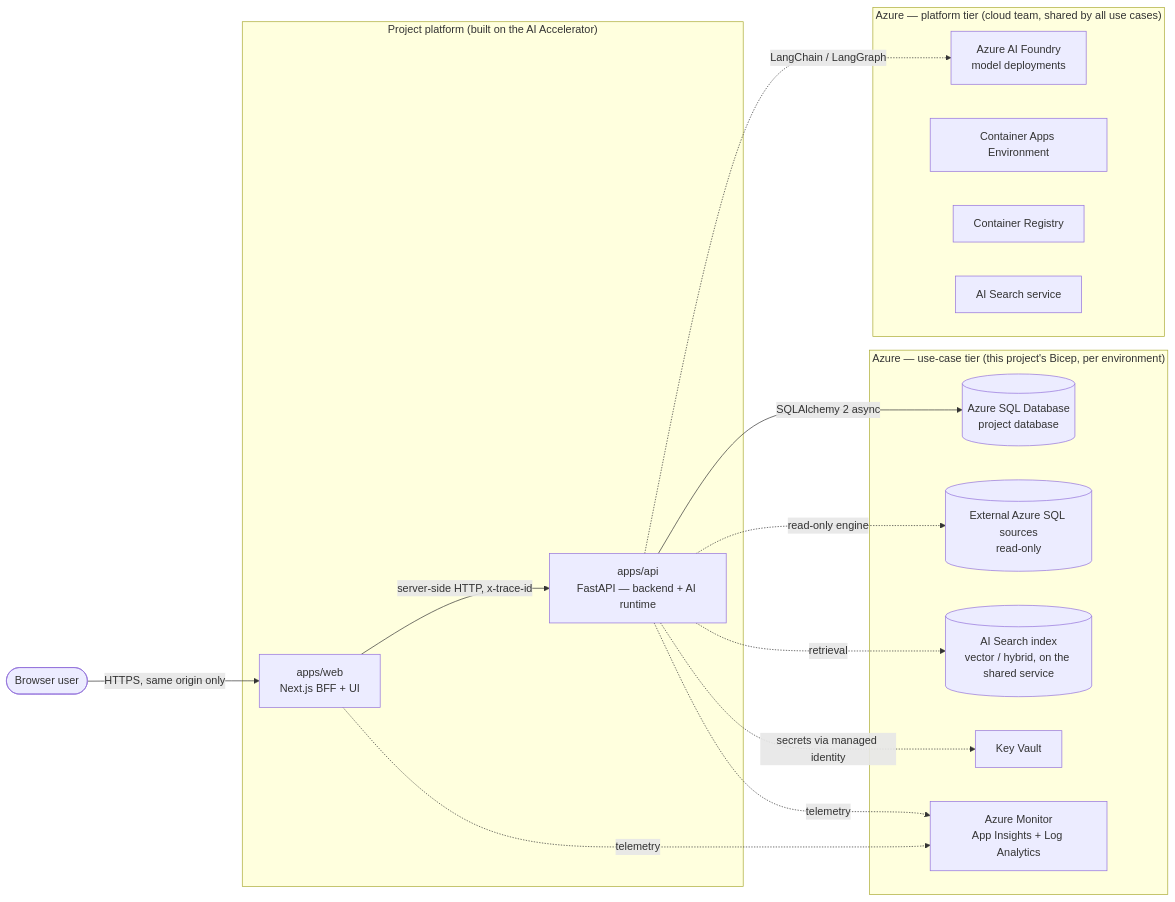
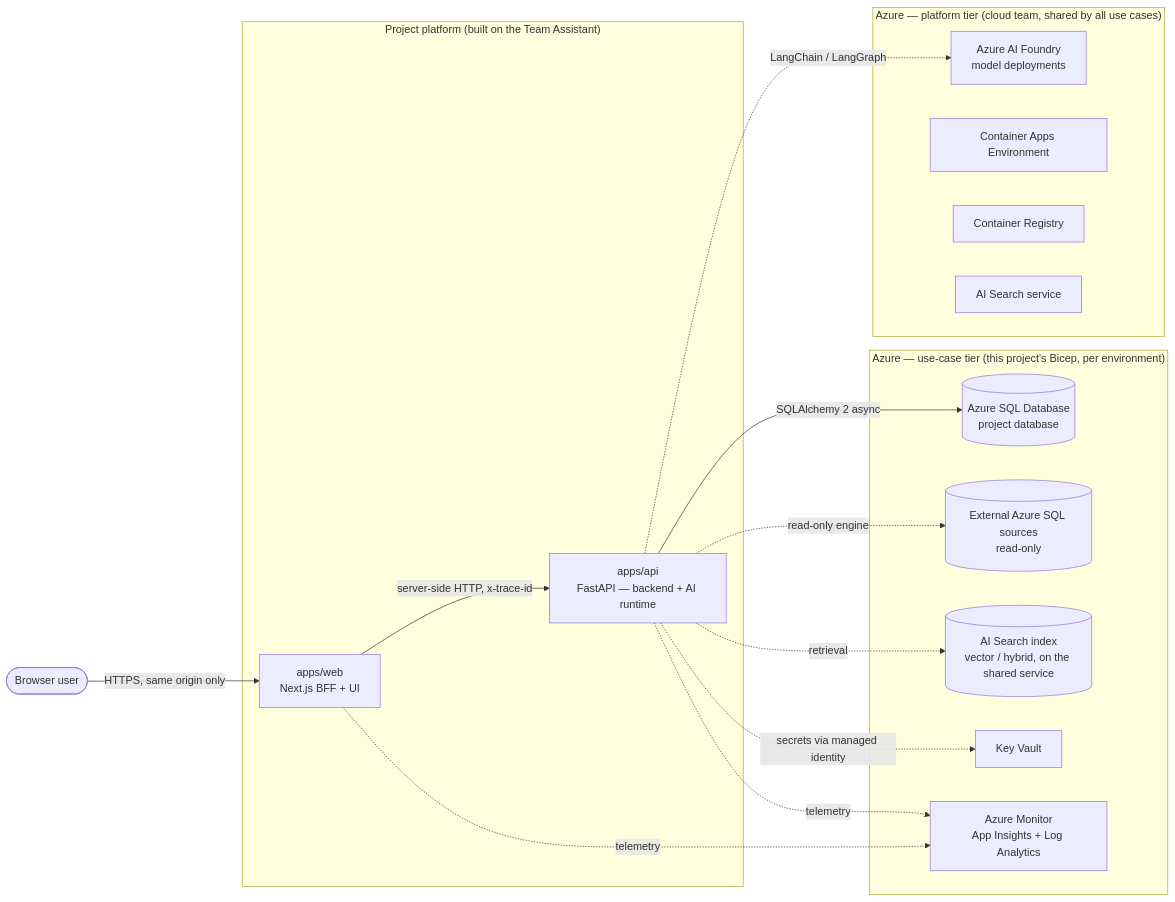
The first of 2 diagrams in docs/architecture/ARCHITECTURE.md (YasserAly13/TAChatbot), drawn with Mermaid before and after one commit. The commit also changed other lines of this file and 89 other files, not shown here.

First line of the commit message:
chore: initialise project as Team Assistant

````diff
--- a/docs/architecture/ARCHITECTURE.md
+++ b/docs/architecture/ARCHITECTURE.md
@@ -67,34 +67,34 @@
 ```mermaid
 flowchart LR
     user(["Browser user"])
 
-    subgraph platform["Project platform (built on the AI Accelerator)"]
+    subgraph platform["Project platform (built on the Team Assistant)"]
         web["apps/web<br/>Next.js BFF + UI"]
         api["apps/api<br/>FastAPI — backend + AI runtime"]
     end
 
     subgraph azure["Azure — use-case tier (this project's Bicep, per environment)"]
         pg[("Azure SQL Database<br/>project database")]
         ext[("External Azure SQL sources<br/>read-only")]
         vs[("AI Search index<br/>vector / hybrid, on the shared service")]
         kv["Key Vault"]
         azm["Azure Monitor<br/>App Insights + Log Analytics"]
     end
 
     subgraph shared["Azure — platform tier (cloud team, shared by all use cases)"]
         ai["Azure AI Foundry<br/>model deployments"]
         cae["Container Apps Environment"]
         acr["Container Registry"]
         srch["AI Search service"]
     end
 
     user -->|"HTTPS, same origin only"| web
     web -->|"server-side HTTP, x-trace-id"| api
     api -->|"SQLAlchemy 2 async"| pg
     api -.->|"read-only engine"| ext
     api -.->|"LangChain / LangGraph"| ai
     api -.->|"retrieval"| vs
     api -.->|"secrets via managed identity"| kv
     web -.->|"telemetry"| azm
     api -.->|"telemetry"| azm
 ```
````
